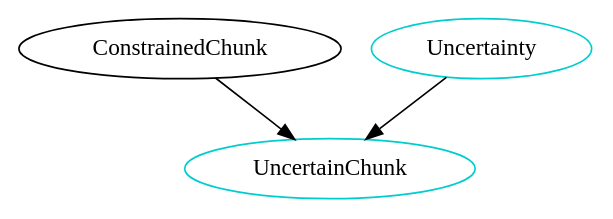
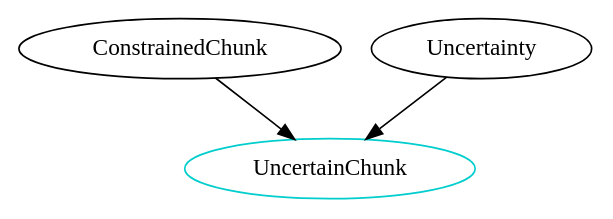
One commit to JacquesCarette/Drasil changed the diagram in People/Anthony/Type_Dependency_Graphs/JoinedTypes/June_18_2021/UncertainChunk.dot. Above: the diagram before and after it, drawn with Graphviz. The commit also changed 20 other files, not shown here.

```diff
--- a/People/Anthony/Type_Dependency_Graphs/JoinedTypes/June_18_2021/UncertainChunk.dot
+++ b/People/Anthony/Type_Dependency_Graphs/JoinedTypes/June_18_2021/UncertainChunk.dot
@@ -1,12 +1,12 @@
 digraph uncertainchunk {
 	/* relationships between independent and dependent components */
 	ConstrainedChunk -> UncertainChunk;
-    ConstrainedChunkUncertainty -> UncertainChunk;
+    Uncertainty -> UncertainChunk;
     
 	/* definitions for each type component */
 	UncertainChunk 	    [shape=oval, color=cyan3, label="UncertainChunk"];
-    ConstrainedChunkUncertainty    [shape=oval, color=cyan3, label="Uncertainty"];
+    //ConstrainedChunkUncertainty    [shape=oval, color=cyan3, label="Uncertainty"];
 
 }
 
 /* dot -Tpng sample.dot -o sample.png */
```
